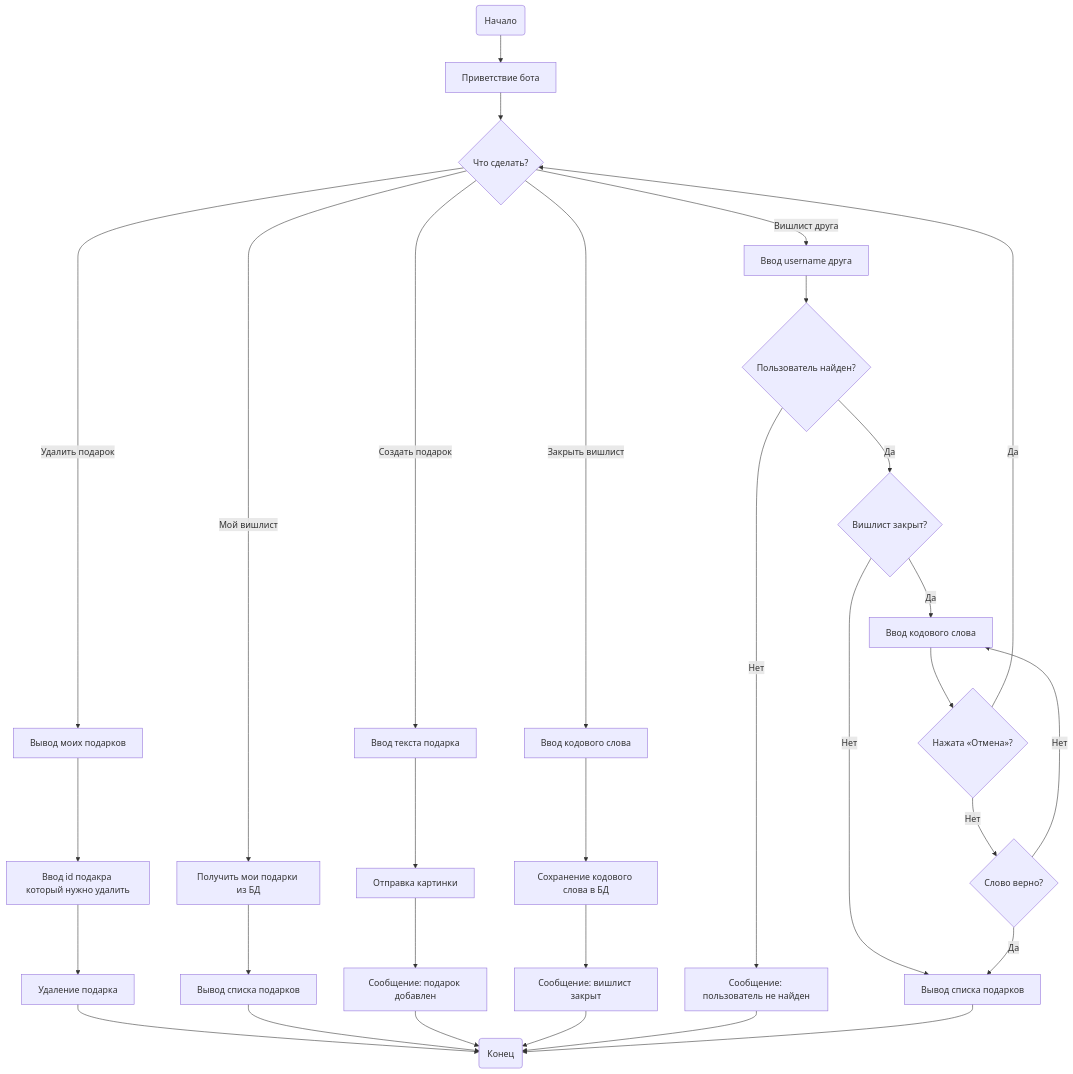
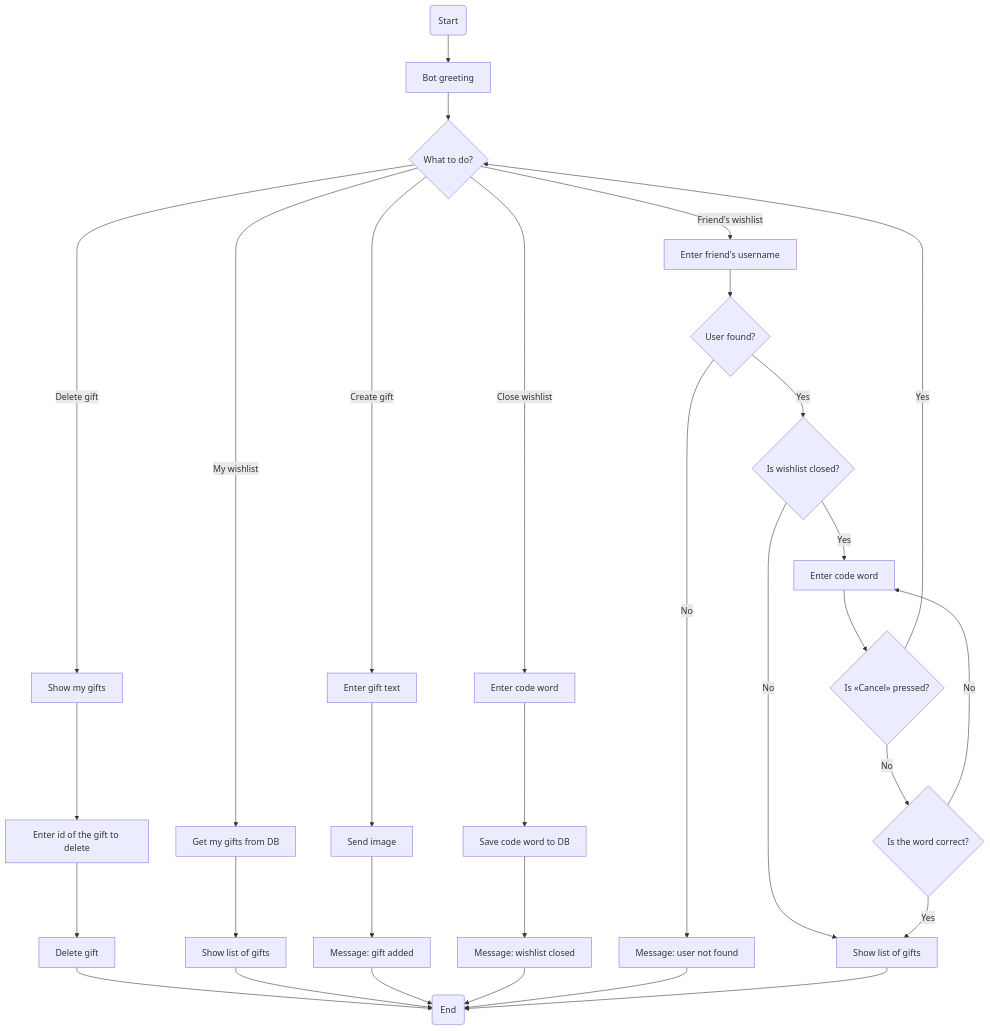
One commit to Dunwitch666/Wish-list-telegram-bot changed the diagram in README.md. Above: the diagram before and after it, drawn with Mermaid. The commit also changed other lines of this file and 1 other file, not shown here.

Commit message:
Tranclated the REAME to eanglish and created the READEME_RU

````diff
--- a/README.md
+++ b/README.md
@@ -10,42 +10,42 @@
 ```mermaid
 flowchart TD
-    Start(Начало) --> A[Приветствие бота]
-    A --> B{Что сделать?}
+    Start(Start) --> A[Bot greeting]
+    A --> B{What to do?}
 
-    B --> |Мой вишлист| C[Получить мои подарки из БД]
-    B --> |Вишлист друга| D[Ввод username друга]
-    B --> |Создать подарок| K[Ввод текста подарка]
-    B --> |Закрыть вишлист| L[Ввод кодового слова]
-    B --> |Удалить подарок| AA[Вывод моих подарков]
+    B --> |My wishlist| C[Get my gifts from DB]
+    B --> |Friend's wishlist| D[Enter friend's username]
+    B --> |Create gift| K[Enter gift text]
+    B --> |Close wishlist| L[Enter code word]
+    B --> |Delete gift| AA[Show my gifts]
 
-    AA --> AB[Ввод id подакра который нужно удалить]
-    AB --> AC[Удаление подарка]
+    AA --> AB[Enter id of the gift to delete]
+    AB --> AC[Delete gift]
     AC --> End
 
-    C --> M[Вывод списка подарков]
+    C --> M[Show list of gifts]
 
-    K --> R[Отправка картинки]
-    R --> T["Сообщение: подарок добавлен"]
+    K --> R[Send image]
+    R --> T["Message: gift added"]
 
-    L --> U[Сохранение кодового слова в БД]
-    U --> V["Сообщение: вишлист закрыт"]
+    L --> U[Save code word to DB]
+    U --> V["Message: wishlist closed"]
 
-    D --> X{Пользователь найден?}
-    X --> |Нет| Y["Сообщение: пользователь не найден"]
-    X --> |Да| E{Вишлист закрыт?}
+    D --> X{User found?}
+    X --> |No| Y["Message: user not found"]
+    X --> |Yes| E{Is wishlist closed?}
 
-    E --> |Нет| F[Вывод списка подарков]
-    E --> |Да| J[Ввод кодового слова]
+    E --> |No| F[Show list of gifts]
+    E --> |Yes| J[Enter code word]
 
-    J --> W{"Нажата «Отмена»?"}
-    W --> |Да| B
-    W --> |Нет| H{Слово верно?}
-    H --> |Да| F
-    H --> |Нет| J
+    J --> W{"Is «Cancel» pressed?"}
+    W --> |Yes| B
+    W --> |No| H{Is the word correct?}
+    H --> |Yes| F
+    H --> |No| J
 
-    M --> End(Конец)
+    M --> End(End)
     T --> End
     V --> End
     Y --> End
     F --> End
 ```
````
